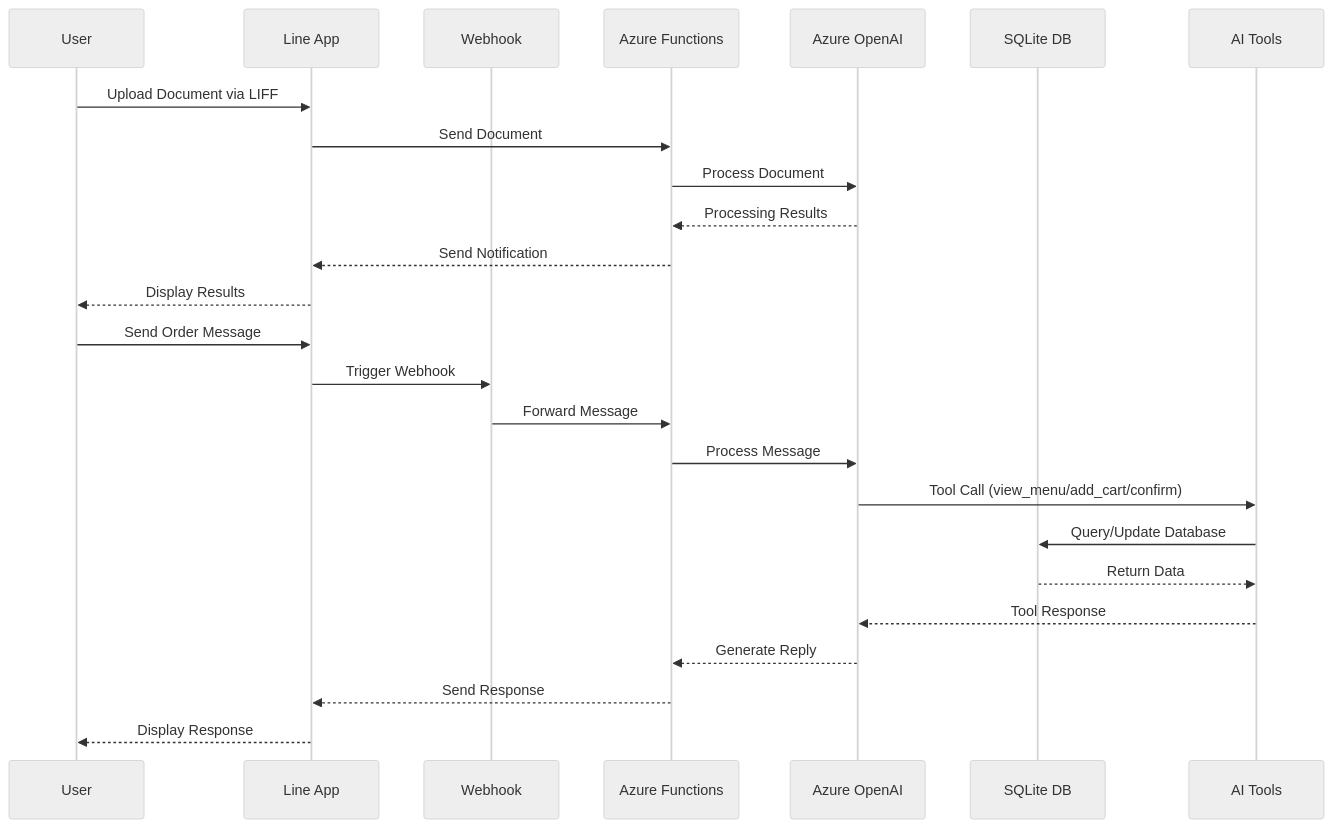
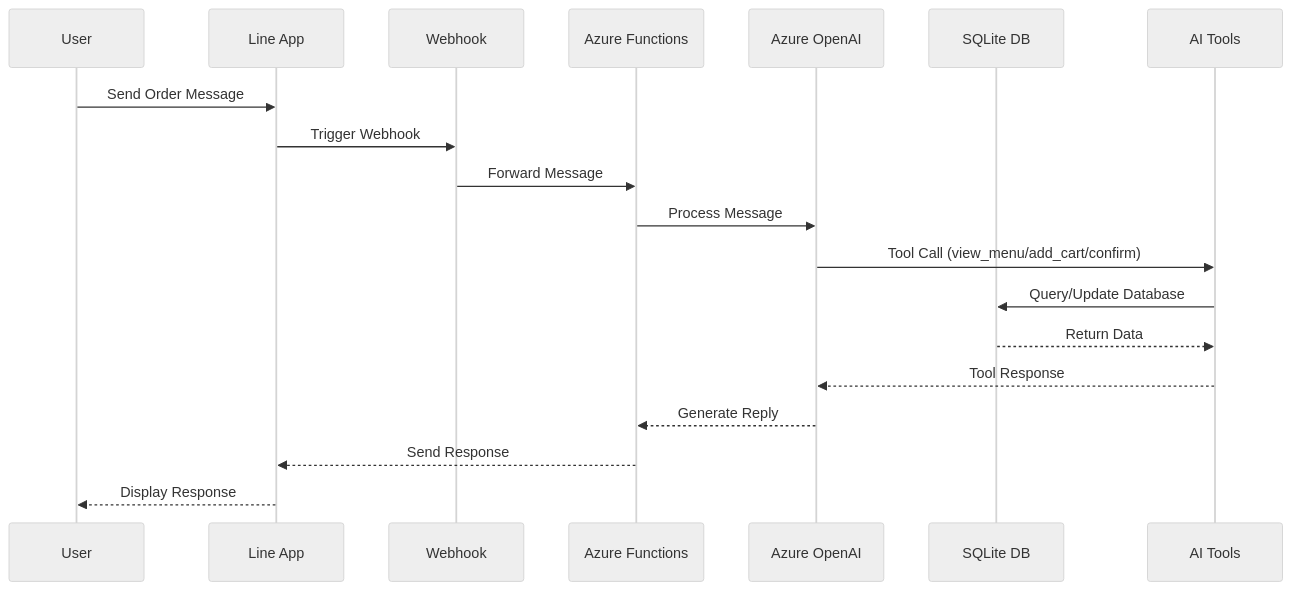
One commit to supagonava/gpt_course_restaurant_agent changed the second of 6 diagrams in 4.การประมวลผลเอกสารด้วย Azure Form Recognizer.md. Above: the diagram before and after it, drawn with Mermaid (neutral theme).

Commit message:
refactor: Update document sequen summary

````diff
--- a/4.การประมวลผลเอกสารด้วย Azure Form Recognizer.md
+++ b/4.การประมวลผลเอกสารด้วย Azure Form Recognizer.md
@@ -92,31 +92,24 @@
 ```mermaid
 sequenceDiagram
     participant U as User
     participant L as Line App
     participant W as Webhook
     participant F as Azure Functions
     participant AI as Azure OpenAI
     participant DB as SQLite DB
     participant T as AI Tools
 
-    %% Document Upload Flow
-    U->>L: Upload Document via LIFF
-    L->>F: Send Document
-    F->>AI: Process Document
-    AI-->>F: Processing Results
-    F-->>L: Send Notification
-    L-->>U: Display Results
 
     %% Restaurant Order Flow
     U->>L: Send Order Message
     L->>W: Trigger Webhook
     W->>F: Forward Message
     F->>AI: Process Message
     AI->>T: Tool Call (view_menu/add_cart/confirm)
     T->>DB: Query/Update Database
     DB-->>T: Return Data
     T-->>AI: Tool Response
     AI-->>F: Generate Reply
     F-->>L: Send Response
     L-->>U: Display Response
 ```
````
